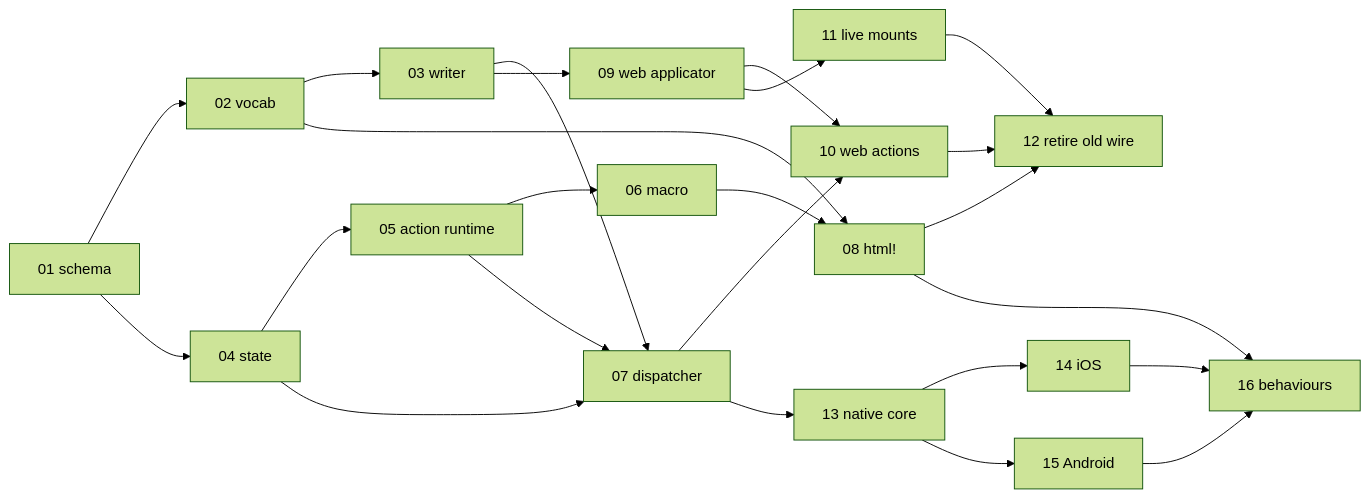
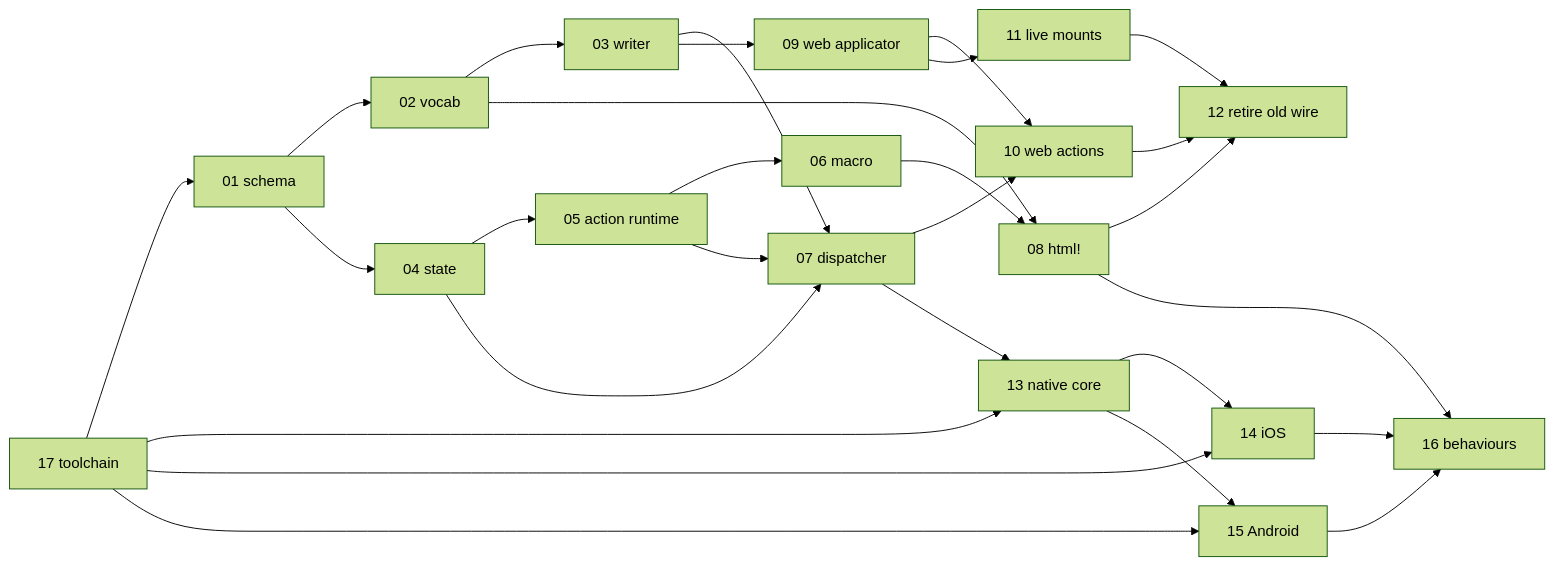
Before and after one commit to ewe-studios/ewe_platform: the third of 3 diagrams in specifications/69-foundation-ui-v2/requirements.md, drawn with Mermaid (forest theme). The commit also changed other lines of this file and 21 other files, not shown here.

````diff
--- a/specifications/69-foundation-ui-v2/requirements.md
+++ b/specifications/69-foundation-ui-v2/requirements.md
@@ -386,23 +408,27 @@
 ```mermaid
 flowchart LR
     F01[01 schema] --> F02[02 vocab] --> F03[03 writer]
     F01 --> F04[04 state] --> F05[05 action runtime] --> F06[06 macro]
     F03 --> F07[07 dispatcher]
     F04 --> F07
     F05 --> F07
     F02 --> F08[08 html!]
     F06 --> F08
     F03 --> F09[09 web applicator]
     F07 --> F10[10 web actions]
     F09 --> F10
     F09 --> F11[11 live mounts]
     F08 --> F12[12 retire old wire]
     F10 --> F12
     F11 --> F12
     F07 --> F13[13 native core]
     F13 --> F14[14 iOS]
     F13 --> F15[15 Android]
     F14 --> F16[16 behaviours]
     F15 --> F16
     F08 --> F16
+    F17[17 toolchain] --> F01
+    F17 --> F13
+    F17 --> F14
+    F17 --> F15
 ```
````
